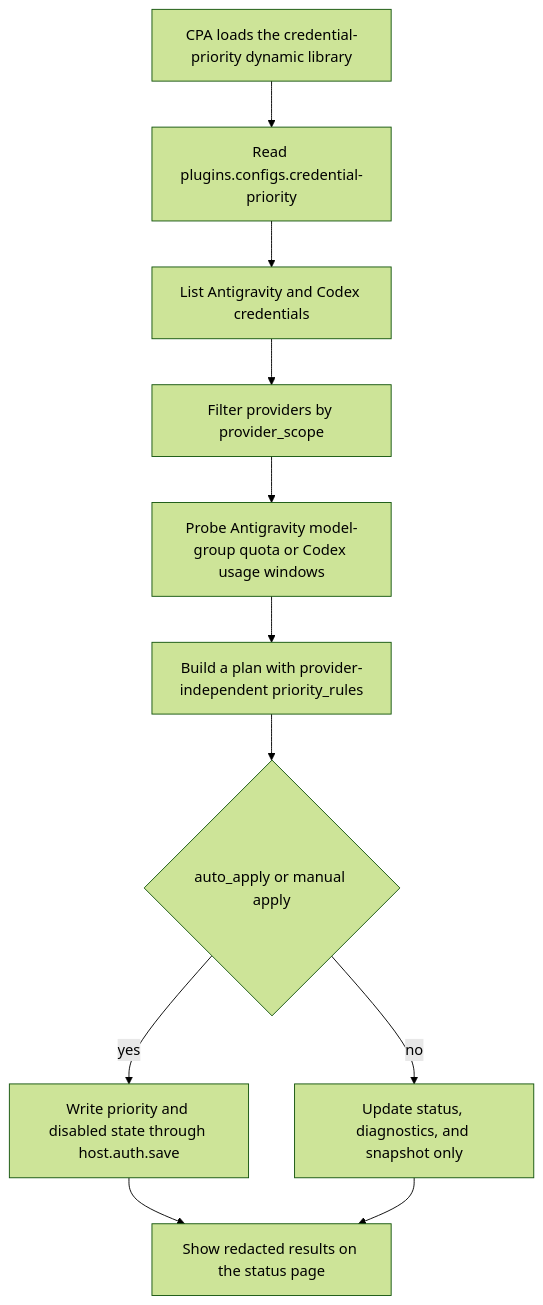
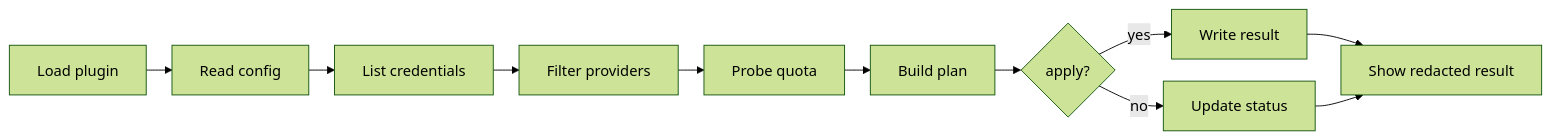
One commit to Cody292/credential-priority changed the diagram in README.en.md. Above: the diagram before and after it, drawn with Mermaid (forest theme). The commit also changed other lines of this file and 1 other file, not shown here.

````diff
--- a/README.en.md
+++ b/README.en.md
@@ -26,13 +29,14 @@
 ```mermaid
-flowchart TD
-    A[CPA loads the credential-priority dynamic library] --> B[Read plugins.configs.credential-priority]
-    B --> C[List Antigravity and Codex credentials]
-    C --> D[Filter providers by provider_scope]
-    D --> E[Probe Antigravity model-group quota or Codex usage windows]
-    E --> F[Build a plan with provider-independent priority_rules]
-    F --> G{auto_apply or manual apply}
-    G -->|yes| H[Write priority and disabled state through host.auth.save]
-    G -->|no| I[Update status, diagnostics, and snapshot only]
-    H --> J[Show redacted results on the status page]
+%%{init: {"flowchart": {"nodeSpacing": 24, "rankSpacing": 28}} }%%
+flowchart LR
+    A[Load plugin] --> B[Read config]
+    B --> C[List credentials]
+    C --> D[Filter providers]
+    D --> E[Probe quota]
+    E --> F[Build plan]
+    F --> G{apply?}
+    G -->|yes| H[Write result]
+    G -->|no| I[Update status]
+    H --> J[Show redacted result]
     I --> J
 ```
````
